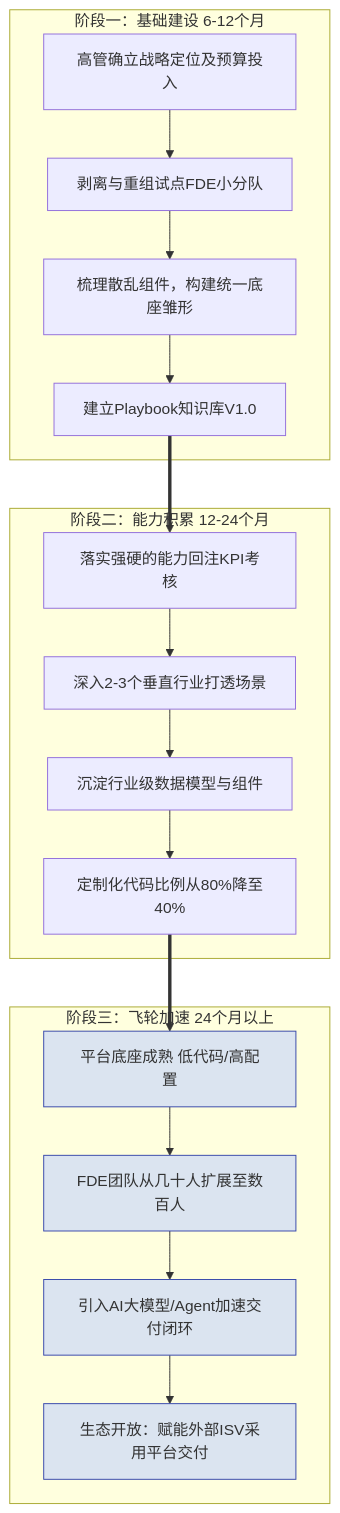
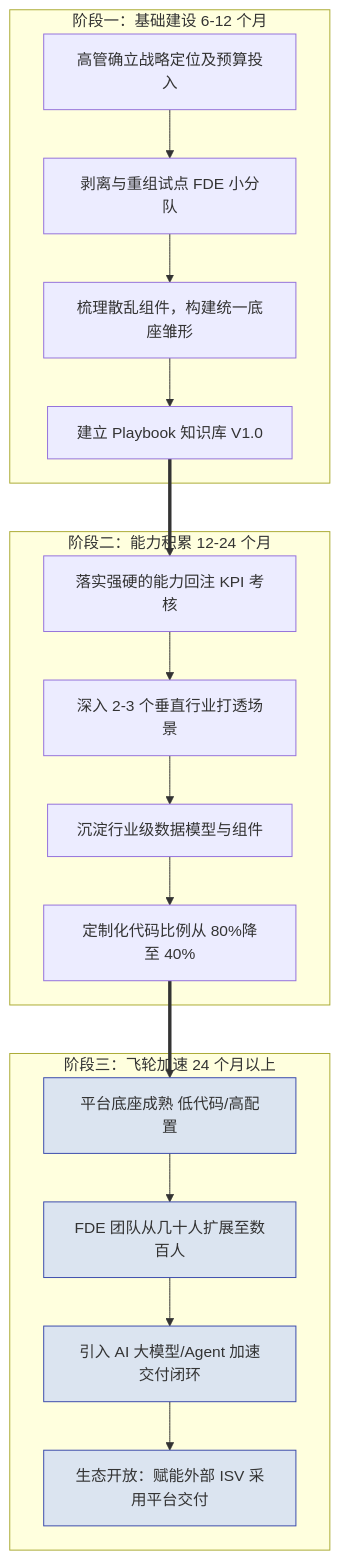
Before and after one commit to cloudzun/fde-course: the diagram in textbook/第14章_中国区FDE转型的五大挑战与应对.md, drawn with Mermaid. The commit also changed other lines of this file and 25 other files, not shown here.

````diff
--- a/textbook/第14章_中国区FDE转型的五大挑战与应对.md
+++ b/textbook/第14章_中国区FDE转型的五大挑战与应对.md
@@ -143,32 +143,32 @@
 ```mermaid
 graph TD
-    subgraph p1["阶段一：基础建设 6-12个月"]
+    subgraph p1["阶段一：基础建设 6-12 个月"]
         A1["高管确立战略定位及预算投入"]
-        A2["剥离与重组试点FDE小分队"]
+        A2["剥离与重组试点 FDE 小分队"]
         A3["梳理散乱组件，构建统一底座雏形"]
-        A4["建立Playbook知识库V1.0"]
+        A4["建立 Playbook 知识库 V1.0"]
     end
 
-    subgraph p2["阶段二：能力积累 12-24个月"]
-        B1["落实强硬的能力回注KPI考核"]
-        B2["深入2-3个垂直行业打透场景"]
+    subgraph p2["阶段二：能力积累 12-24 个月"]
+        B1["落实强硬的能力回注 KPI 考核"]
+        B2["深入 2-3 个垂直行业打透场景"]
         B3["沉淀行业级数据模型与组件"]
-        B4["定制化代码比例从80%降至40%"]
+        B4["定制化代码比例从 80%降至 40%"]
     end
 
-    subgraph p3["阶段三：飞轮加速 24个月以上"]
+    subgraph p3["阶段三：飞轮加速 24 个月以上"]
         C1["平台底座成熟 低代码/高配置"]
-        C2["FDE团队从几十人扩展至数百人"]
-        C3["引入AI大模型/Agent加速交付闭环"]
-        C4["生态开放：赋能外部ISV采用平台交付"]
+        C2["FDE 团队从几十人扩展至数百人"]
+        C3["引入 AI 大模型/Agent 加速交付闭环"]
+        C4["生态开放：赋能外部 ISV 采用平台交付"]
     end
 
     A1 --> A2 --> A3 --> A4
     A4 ==> B1
     B1 --> B2 --> B3 --> B4
     B4 ==> C1
     C1 --> C2 --> C3 --> C4
 
     classDef s3 fill:#dbe4f0,stroke:#3949ab;
     class C1,C2,C3,C4 s3;
 ```
````
